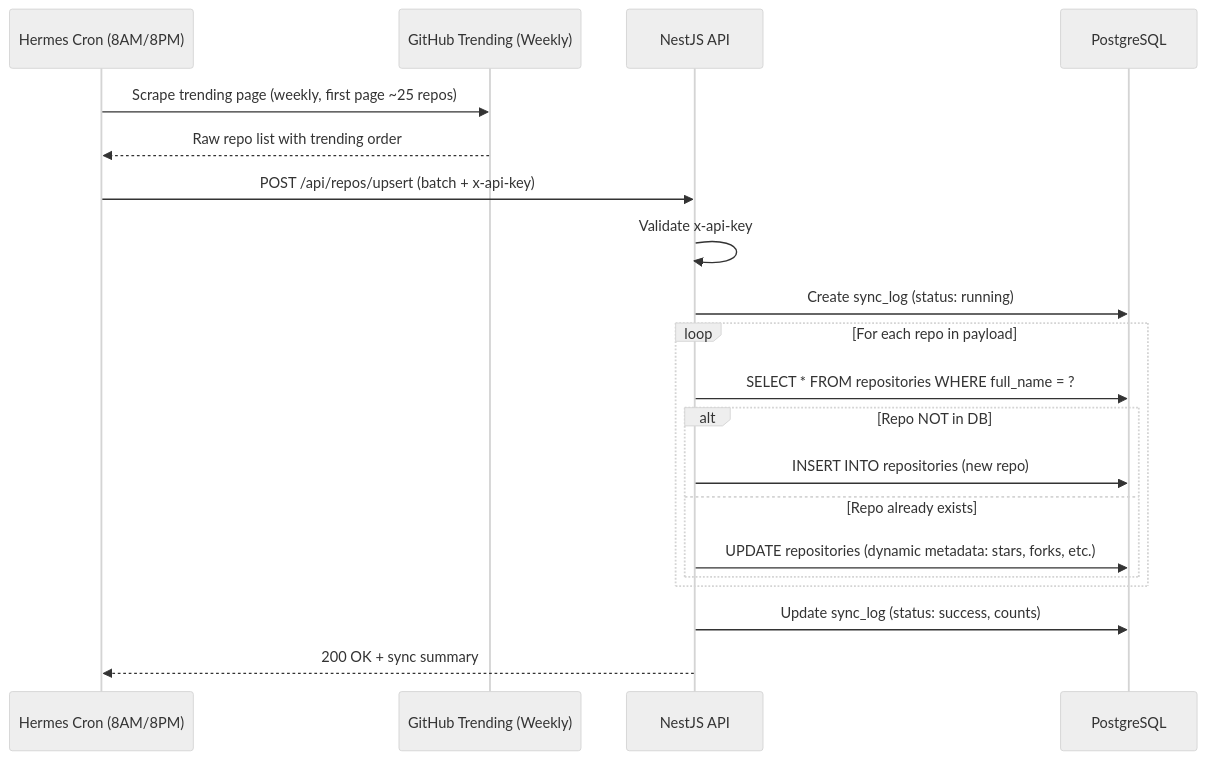
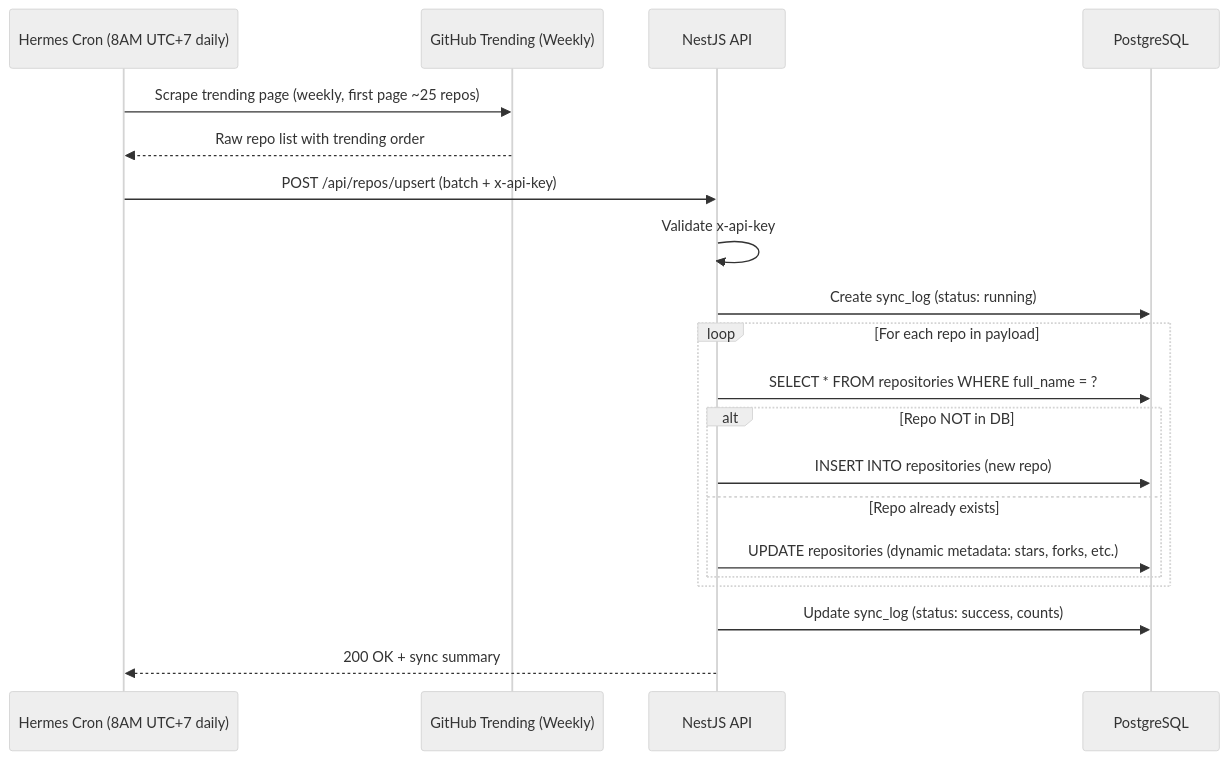
One commit to thangvq95/thangvq-digital-hub changed the diagram in docs/architecture/repo-sync-lifecycle.md. Above: the diagram before and after it, drawn with Mermaid (neutral theme). The commit also changed other lines of this file and 18 other files, not shown here.

````diff
--- a/docs/architecture/repo-sync-lifecycle.md
+++ b/docs/architecture/repo-sync-lifecycle.md
@@ -18,23 +18,23 @@
 ```mermaid
 sequenceDiagram
-    participant HC as Hermes Cron (8AM/8PM)
+    participant HC as Hermes Cron (8AM UTC+7 daily)
     participant GH as GitHub Trending (Weekly)
     participant BE as NestJS API
     participant DB as PostgreSQL
 
     HC->>GH: Scrape trending page (weekly, first page ~25 repos)
     GH-->>HC: Raw repo list with trending order
     HC->>BE: POST /api/repos/upsert (batch + x-api-key)
     BE->>BE: Validate x-api-key
     BE->>DB: Create sync_log (status: running)
     loop For each repo in payload
         BE->>DB: SELECT * FROM repositories WHERE full_name = ?
         alt Repo NOT in DB
             BE->>DB: INSERT INTO repositories (new repo)
         else Repo already exists
             BE->>DB: UPDATE repositories (dynamic metadata: stars, forks, etc.)
         end
     end
     BE->>DB: Update sync_log (status: success, counts)
     BE-->>HC: 200 OK + sync summary
 ```
````
